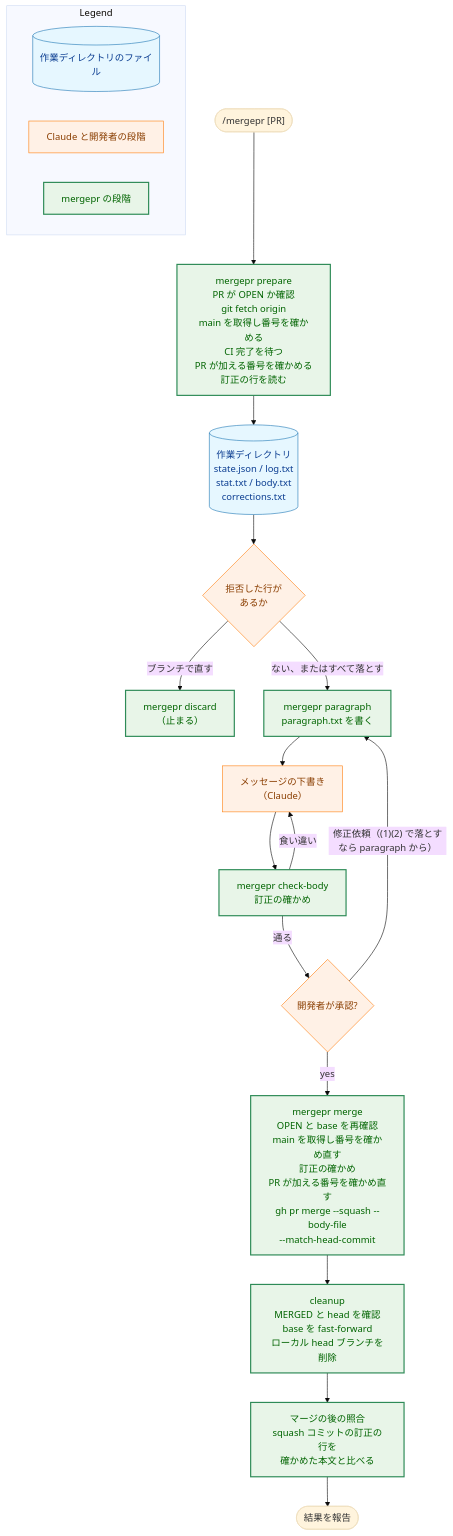
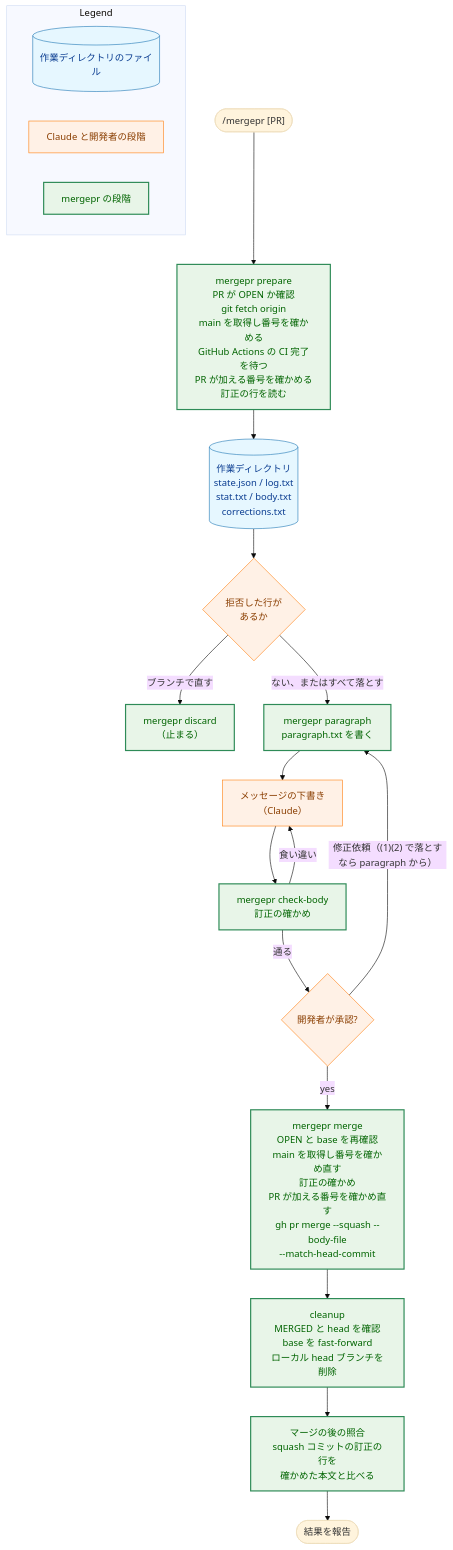
Before and after one commit to isseis/yt2column: the diagram in docs/dev/guides/mergepr_guide.md, drawn with Mermaid (base theme). The commit also changed other lines of this file and 7 other files, not shown here.

````diff
--- a/docs/dev/guides/mergepr_guide.md
+++ b/docs/dev/guides/mergepr_guide.md
@@ -60,34 +60,34 @@
 ```mermaid
 flowchart TD
     classDef data fill:#e6f7ff,stroke:#1f77b4,stroke-width:1px,color:#0b3d91;
     classDef process fill:#fff1e6,stroke:#ff7f0e,stroke-width:1px,color:#8a3e00;
     classDef enhanced fill:#e8f5e8,stroke:#2e8b57,stroke-width:2px,color:#006400;
 
-    Start(["/mergepr [PR]"]) --> Prepare["mergepr prepare<br>PR が OPEN か確認<br>git fetch origin<br>main を取得し番号を確かめる<br>CI 完了を待つ<br>PR が加える番号を確かめる<br>訂正の行を読む"]
+    Start(["/mergepr [PR]"]) --> Prepare["mergepr prepare<br>PR が OPEN か確認<br>git fetch origin<br>main を取得し番号を確かめる<br>GitHub Actions の CI 完了を待つ<br>PR が加える番号を確かめる<br>訂正の行を読む"]
     Prepare --> Files[("作業ディレクトリ<br>state.json / log.txt<br>stat.txt / body.txt<br>corrections.txt")]
     Files --> Rejected{"拒否した行が<br>あるか"}
     Rejected -->|"ブランチで直す"| Discard["mergepr discard<br>（止まる）"]
     Rejected -->|"ない、またはすべて落とす"| Paragraph["mergepr paragraph<br>paragraph.txt を書く"]
     Paragraph --> Draft["メッセージの下書き<br>（Claude）"]
     Draft --> Check["mergepr check-body<br>訂正の確かめ"]
     Check -->|"食い違い"| Draft
     Check -->|"通る"| Approve{"開発者が承認?"}
     Approve -->|"修正依頼（(1)(2) で落とすなら paragraph から）"| Paragraph
     Approve -->|"yes"| Merge["mergepr merge<br>OPEN と base を再確認<br>main を取得し番号を確かめ直す<br>訂正の確かめ<br>PR が加える番号を確かめ直す<br>gh pr merge --squash --body-file<br>--match-head-commit"]
     Merge --> Cleanup["cleanup<br>MERGED と head を確認<br>base を fast-forward<br>ローカル head ブランチを削除"]
     Cleanup --> After["マージの後の照合<br>squash コミットの訂正の行を<br>確かめた本文と比べる"]
     After --> End(["結果を報告"])
 
     class Files data
     class Draft,Approve,Rejected process
     class Prepare,Merge,Cleanup,Paragraph,Check,After,Discard enhanced
 
     subgraph Legend["Legend"]
         L1[("作業ディレクトリのファイル")]
         L2["Claude と開発者の段階"]
         L3["mergepr の段階"]
     end
     class L1 data
     class L2 process
     class L3 enhanced
 ```
````
